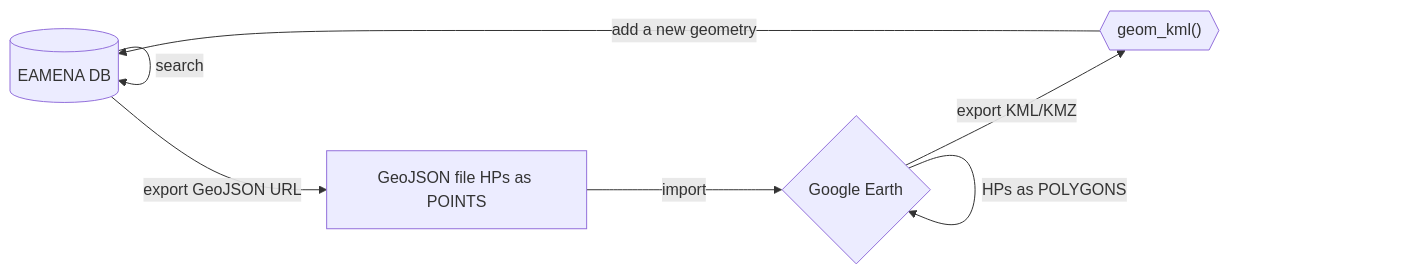
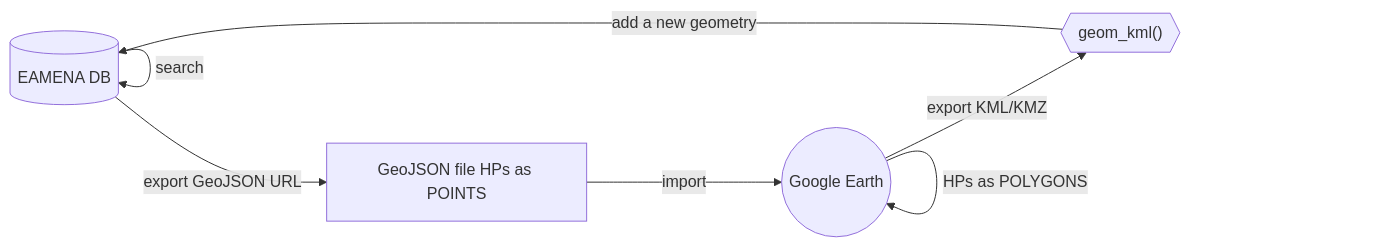
Before and after one commit to eamena-project/eamena-arches-dev: the diagram in data/kml/README.md, drawn with Mermaid.

Commit message:
geom_kml diagram

````diff
--- a/data/kml/README.md
+++ b/data/kml/README.md
@@ -3,9 +3,9 @@
 ```mermaid
 flowchart LR
     A[(EAMENA DB)] --search--> A;
     A --export GeoJSON URL--> B[GeoJSON file HPs as POINTS];
-    B --import--> C{Google Earth};
+    B --import--> C((Google Earth));
     C --"HPs as POLYGONS"--> C;
     C --export KML/KMZ--> D{{"geom_kml()"}}; 
     D --add a new geometry--> A;
 ```
````
